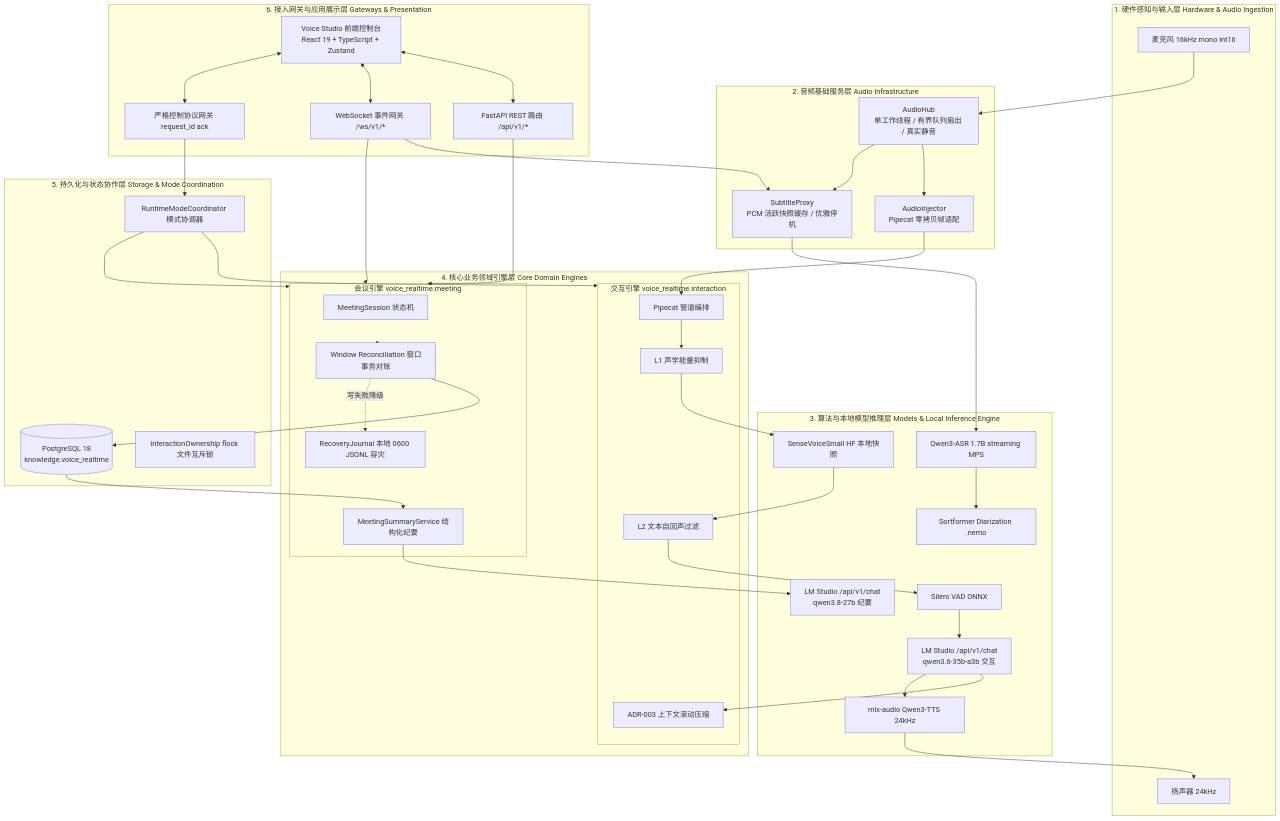
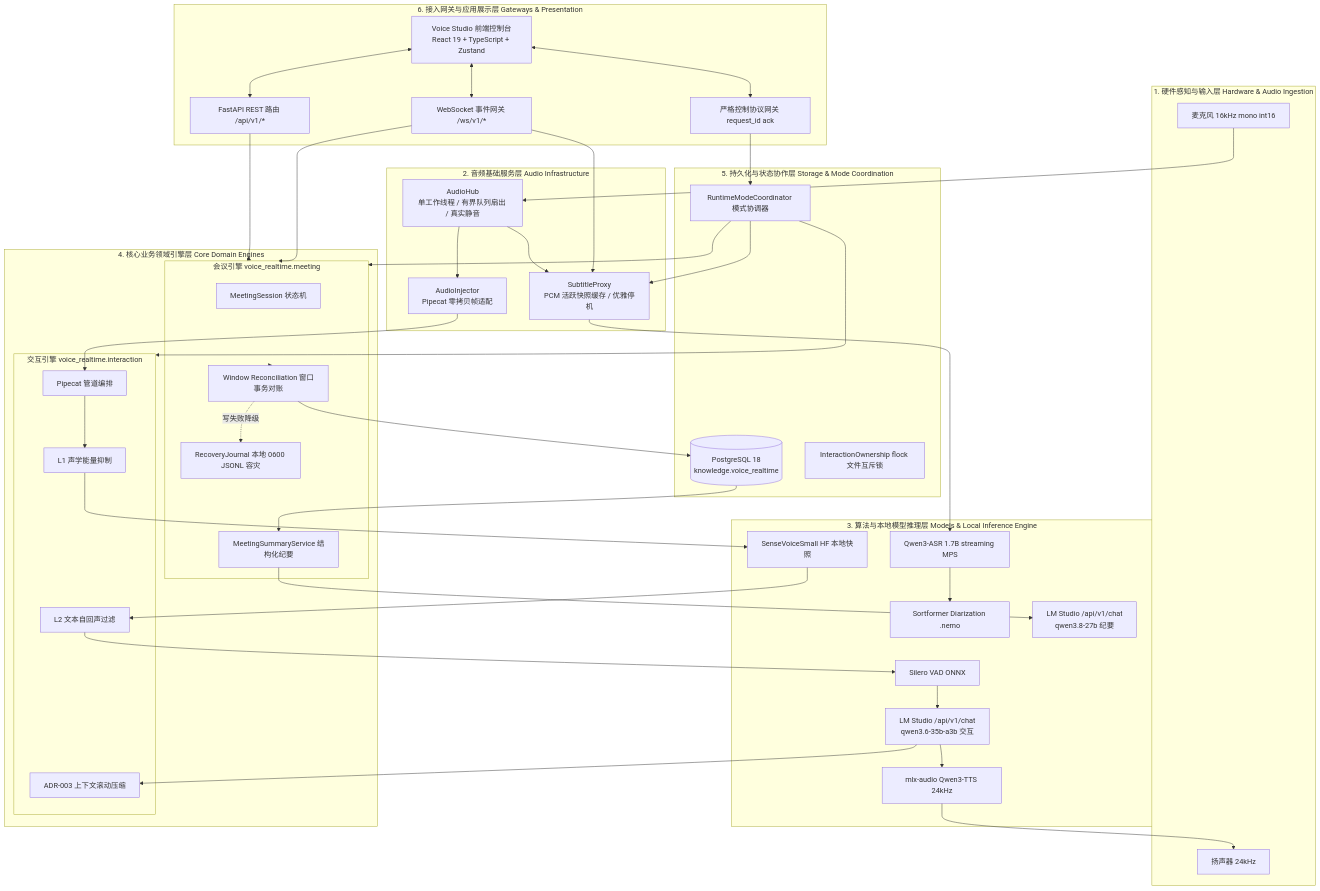
One commit to hrygo/voice-realtime changed the first of 13 diagrams in docs/系统总体架构与详细设计方案.md. Above: the diagram before and after it, drawn with Mermaid. The commit also changed other lines of this file and 2 other files, not shown here.

```diff
--- a/docs/系统总体架构与详细设计方案.md
+++ b/docs/系统总体架构与详细设计方案.md
@@ -138,6 +138,7 @@
     TTS_M --> SPK
 
     COORD --> INTERACTION_ENG
+    COORD --> PROXY
     COORD --> MEETING_ENG
     MEETING_ENG --> RECON
     RECON --> PG
```
